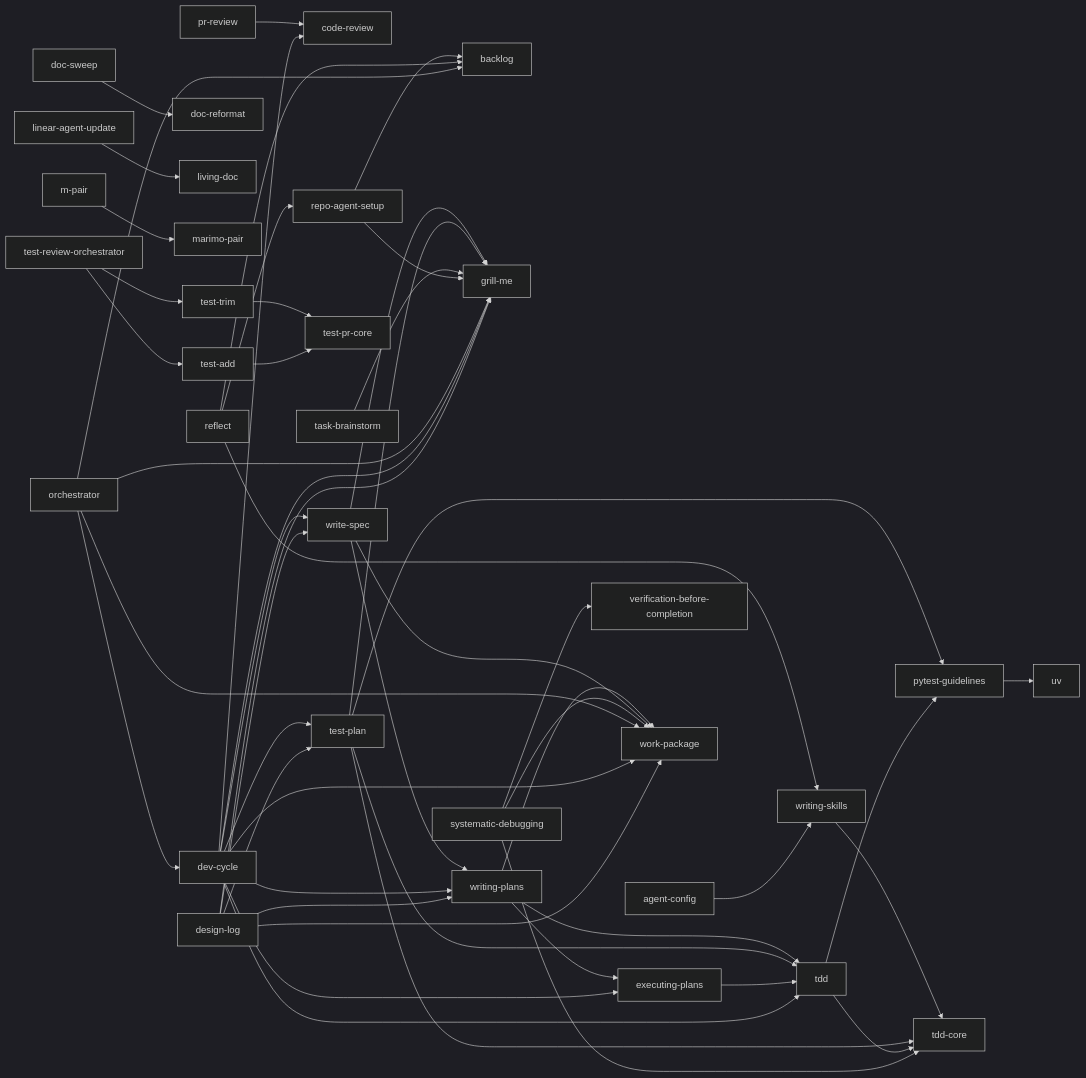
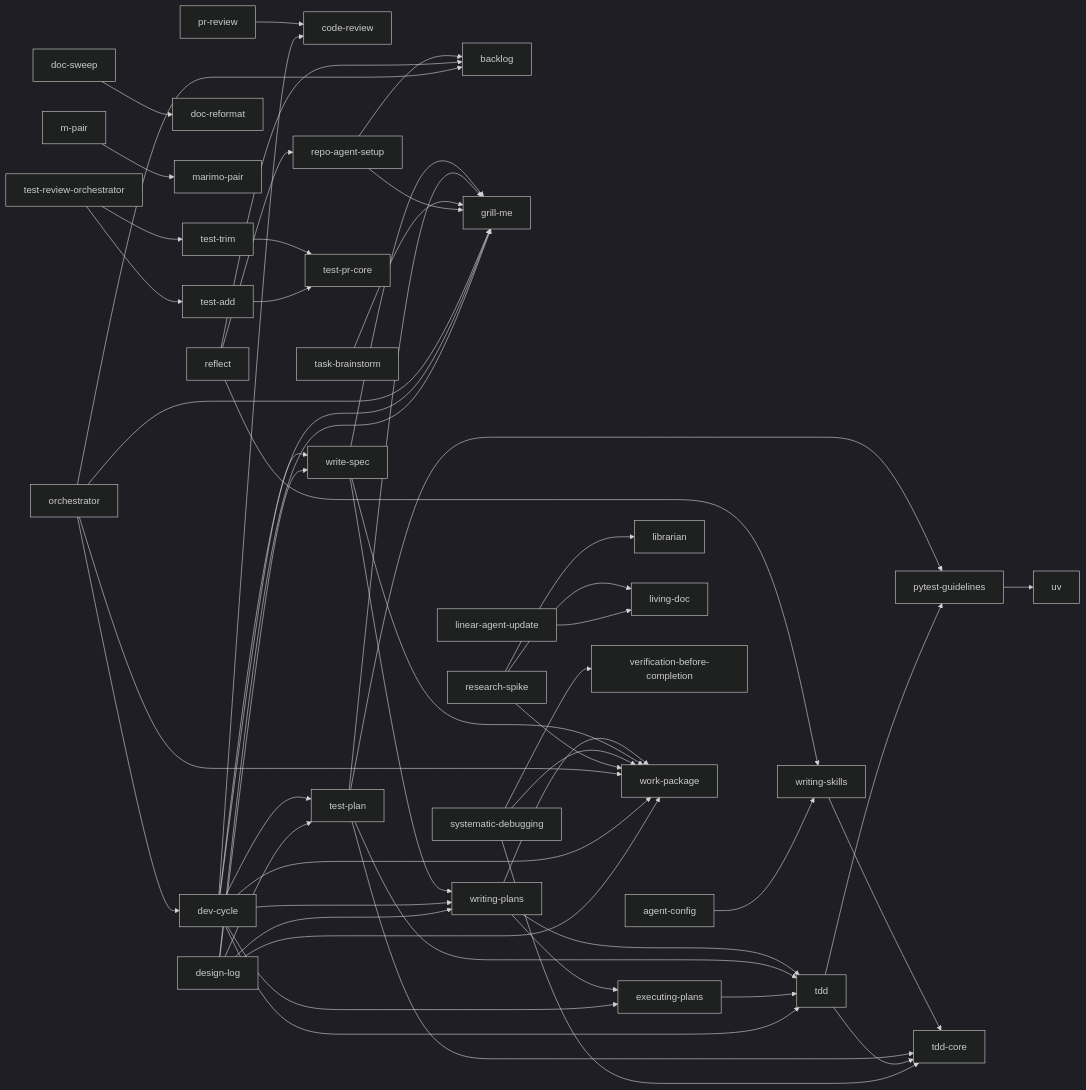
The diagram in README.md (Haydeni0/agent-config), drawn with Mermaid (dark theme) before and after one commit. The commit also changed 1 other file, not shown here.

Commit message:
feat(skills): research-spike skill

```diff
--- a/README.md
+++ b/README.md
@@ -164,7 +164,7 @@
     %% jupyter_to_marimo[jupyter-to-marimo]
     %% kubectl[kubectl]
     %% lavish[lavish]
-    %% librarian[librarian]
+    librarian[librarian]
     linear_agent_update[linear-agent-update]
     living_doc[living-doc]
     m_pair[m-pair]
@@ -182,6 +182,7 @@
     %% python_notebook[python-notebook]
     reflect[reflect]
     repo_agent_setup[repo-agent-setup]
+    research_spike[research-spike]
     %% stack_pr[stack-pr]
     systematic_debugging[systematic-debugging]
     task_brainstorm[task-brainstorm]
@@ -232,6 +233,9 @@
     reflect --> writing_skills
     repo_agent_setup --> grill_me
     repo_agent_setup --> backlog
+    research_spike --> librarian
+    research_spike --> living_doc
+    research_spike --> work_package
     systematic_debugging --> tdd_core
     systematic_debugging --> verification_before_completion
     systematic_debugging --> work_package
```
